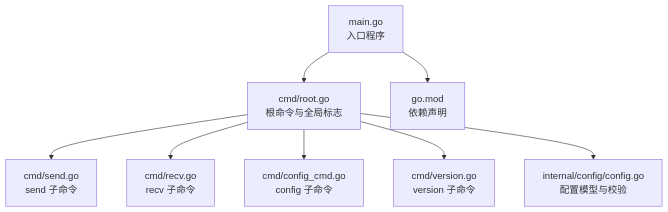
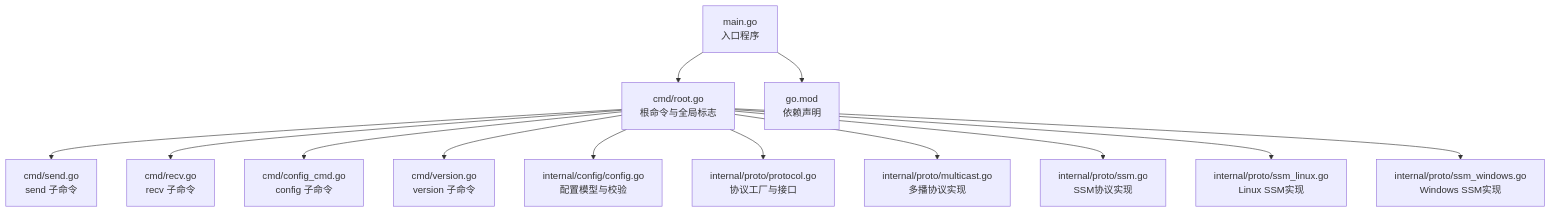
One commit to yanzhen74/ping-x changed the first of 3 diagrams in .qoder/repowiki/zh/content/CLI 命令参考.md. Above: the diagram before and after it, drawn with Mermaid. The commit also changed other lines of this file and 16 other files, not shown here.

````diff
--- a/.qoder/repowiki/zh/content/CLI 命令参考.md
+++ b/.qoder/repowiki/zh/content/CLI 命令参考.md
@@ -33,10 +47,15 @@
 ```mermaid
 graph TB
 A["main.go<br/>入口程序"] --> B["cmd/root.go<br/>根命令与全局标志"]
 B --> C["cmd/send.go<br/>send 子命令"]
 B --> D["cmd/recv.go<br/>recv 子命令"]
 B --> E["cmd/config_cmd.go<br/>config 子命令"]
 B --> F["cmd/version.go<br/>version 子命令"]
 B --> G["internal/config/config.go<br/>配置模型与校验"]
-A --> H["go.mod<br/>依赖声明"]
+B --> H["internal/proto/protocol.go<br/>协议工厂与接口"]
+B --> I["internal/proto/multicast.go<br/>多播协议实现"]
+B --> J["internal/proto/ssm.go<br/>SSM协议实现"]
+B --> K["internal/proto/ssm_linux.go<br/>Linux SSM实现"]
+B --> L["internal/proto/ssm_windows.go<br/>Windows SSM实现"]
+A --> M["go.mod<br/>依赖声明"]
 ```
````
